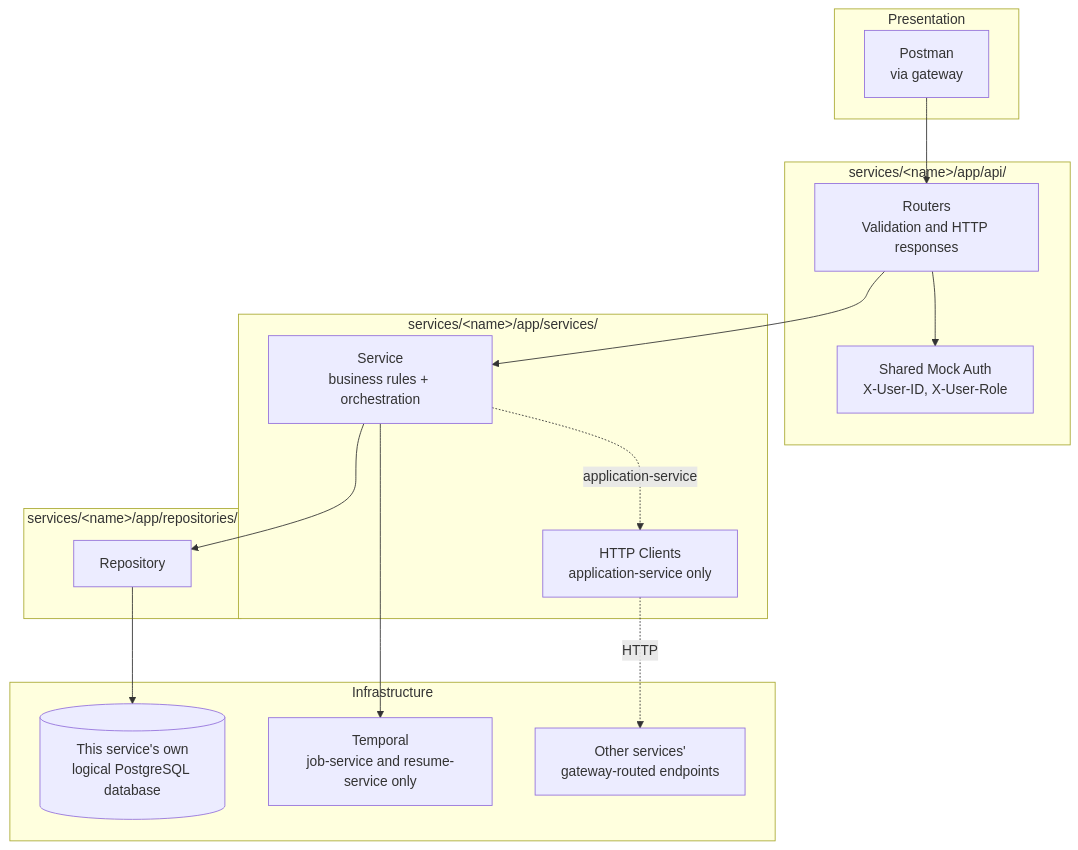
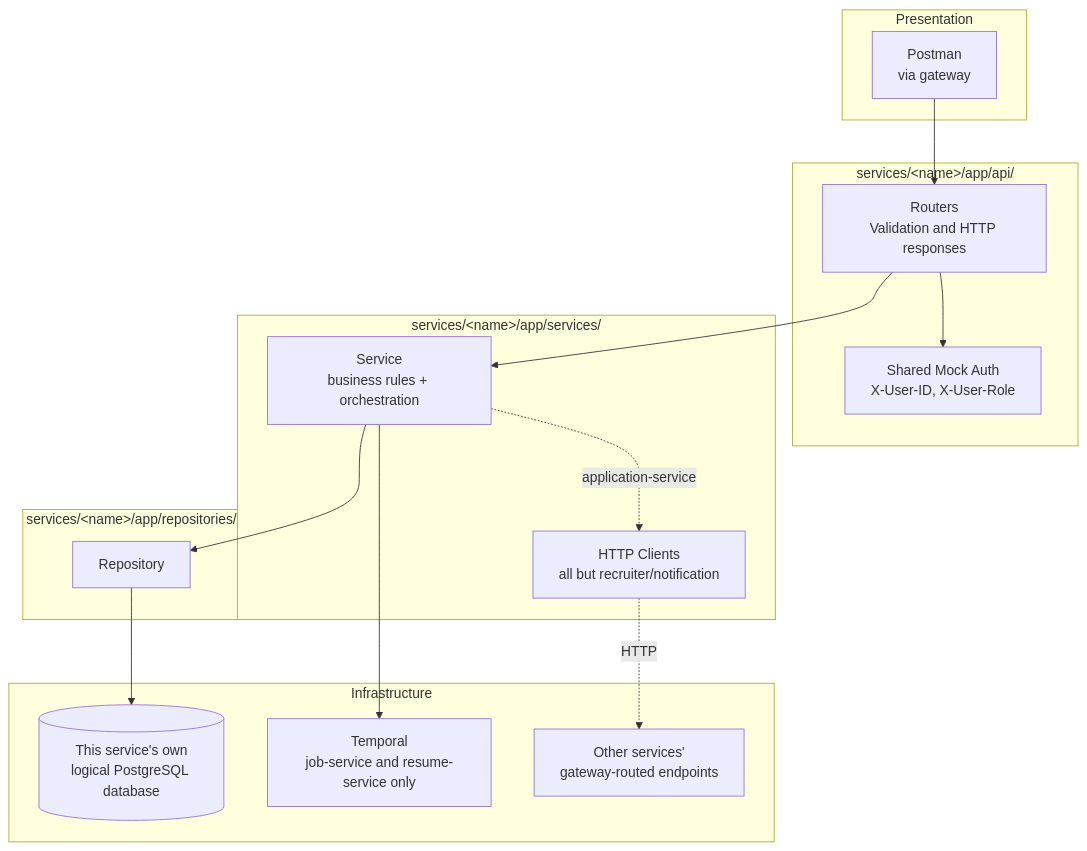
Before and after one commit to afnan-emumba/smart-hire: the second of 7 diagrams in docs/ARCHITECTURE.md, drawn with Mermaid. The commit also changed other lines of this file and 44 other files, not shown here.

````diff
--- a/docs/ARCHITECTURE.md
+++ b/docs/ARCHITECTURE.md
@@ -61,35 +61,35 @@
 ```mermaid
 flowchart TB
     subgraph Presentation
         postman[Postman<br/>via gateway]
     end
 
     subgraph API["services/&lt;name&gt;/app/api/"]
         routers[Routers<br/>Validation and HTTP responses]
         auth[Shared Mock Auth<br/>X-User-ID, X-User-Role]
     end
 
     subgraph Domain["services/&lt;name&gt;/app/services/"]
         svc[Service<br/>business rules + orchestration]
-        clients[HTTP Clients<br/>application-service only]
+        clients[HTTP Clients<br/>all but recruiter/notification]
     end
 
     subgraph DataAccess["services/&lt;name&gt;/app/repositories/"]
         repo[Repository]
     end
 
     subgraph Infrastructure
         db[(This service's own<br/>logical PostgreSQL database)]
         workflow[Temporal<br/>job-service and resume-service only]
         other[Other services'<br/>gateway-routed endpoints]
     end
 
     postman --> routers
     routers --> auth
     routers --> svc
     svc --> repo
     repo --> db
     svc --> workflow
     svc -.application-service.-> clients
     clients -.HTTP.-> other
 ```
````
